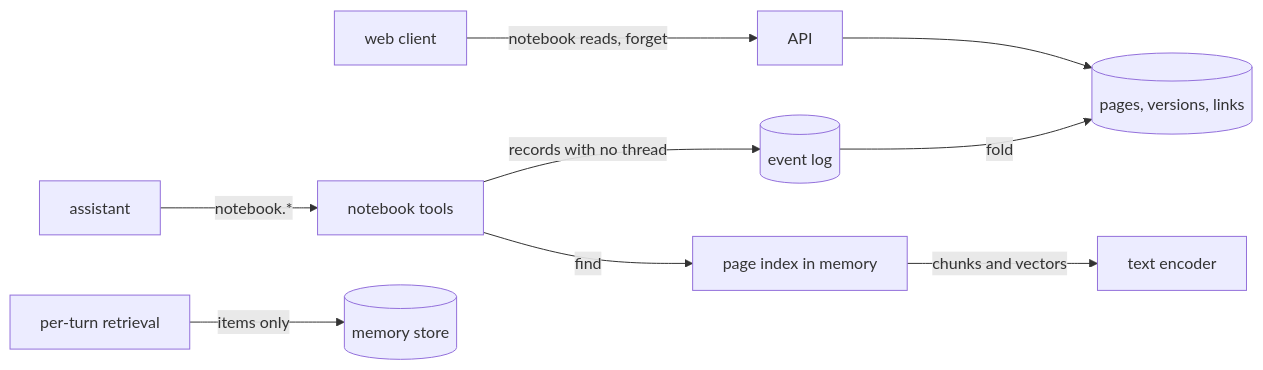
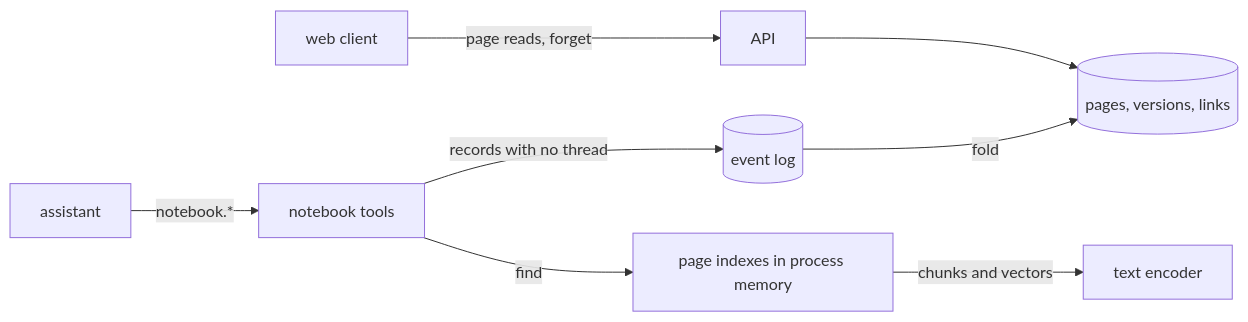
The diagram in docs/design/queue/notebook.md (zgeoff/nixie), drawn with Mermaid before and after one commit. The commit also changed other lines of this file, not shown here.

Commit message:
docs(notebook): split overloaded tools and refuse unknown targets

````diff
--- a/docs/design/queue/notebook.md
+++ b/docs/design/queue/notebook.md
@@ -19,11 +18,10 @@
 ```mermaid
 flowchart LR
   model[assistant] -->|"notebook.*"| tools[notebook tools]
   tools -->|"records with no thread"| log[(event log)]
   log -->|"fold"| tables[(pages, versions, links)]
-  tools -->|"find"| index[page index in memory]
+  tools -->|"find"| index[page indexes in process memory]
   index -->|"chunks and vectors"| encoder[text encoder]
-  web[web client] -->|"notebook reads, forget"| api[API]
+  web[web client] -->|"page reads, forget"| api[API]
   api --> tables
-  turn[per-turn retrieval] -->|"items only"| memory[(memory store)]
 ```
````
